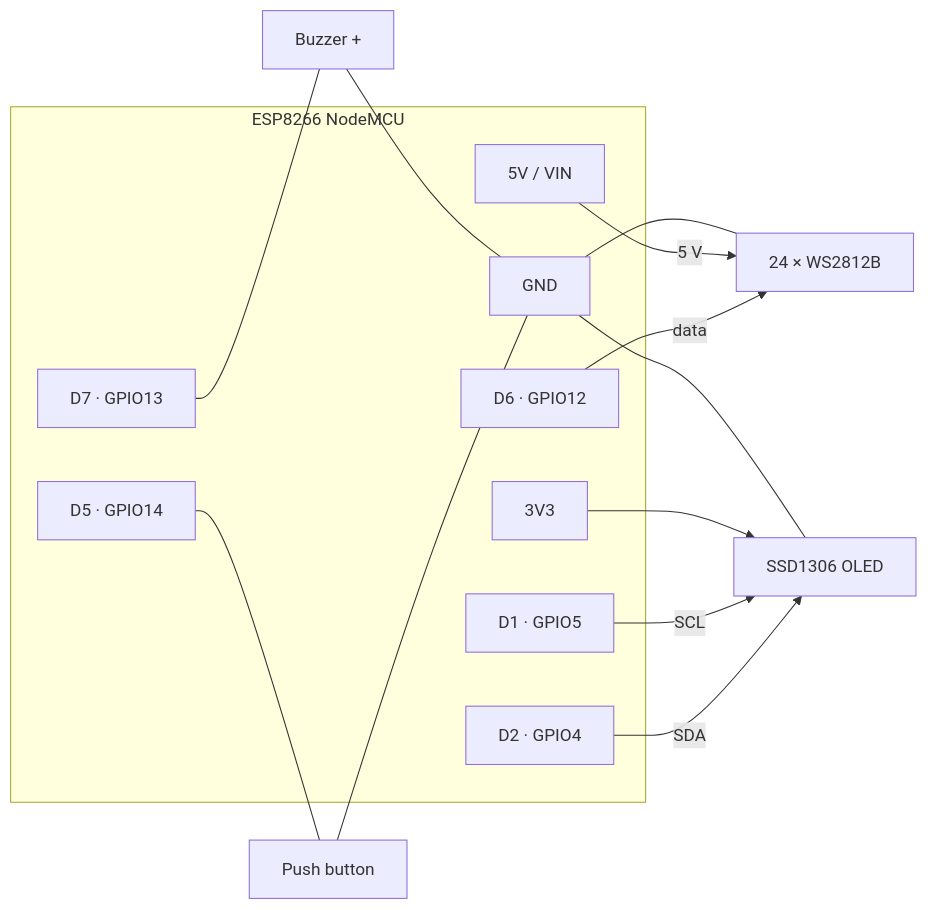
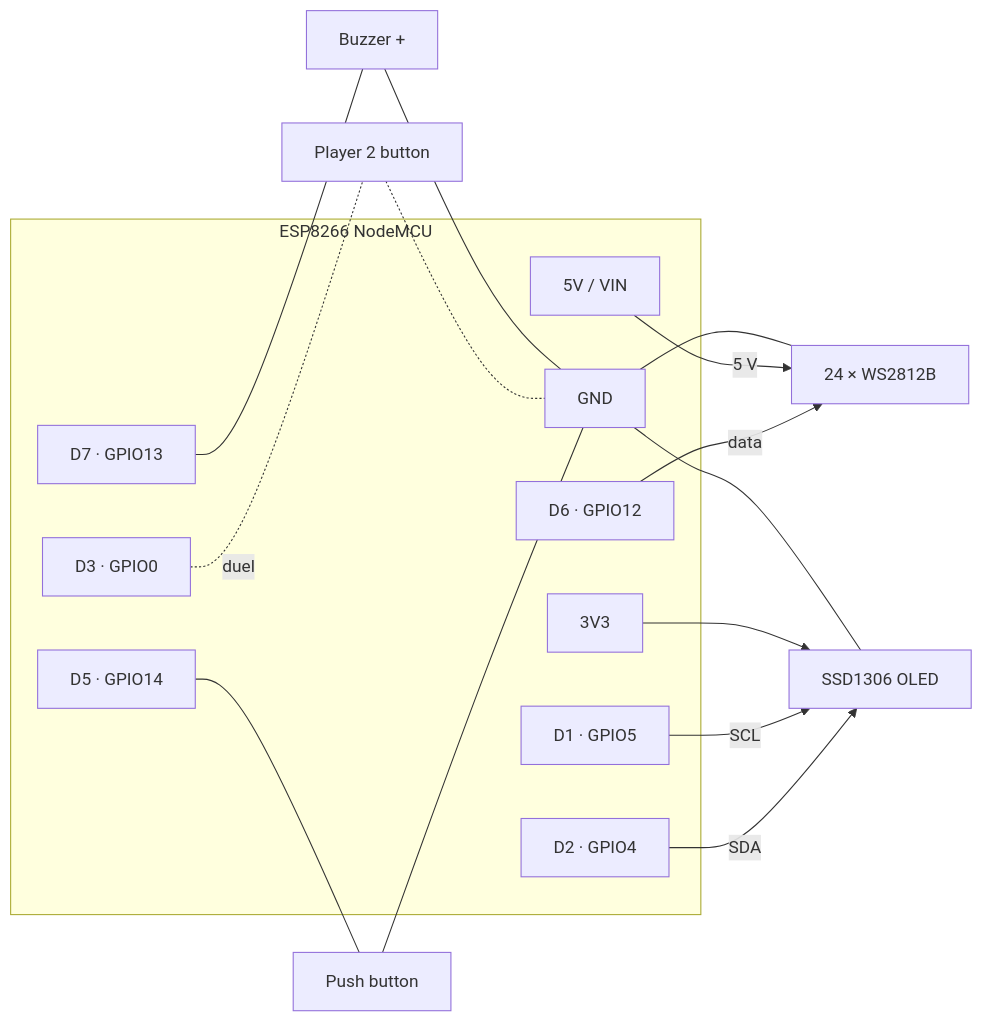
One commit to Am4l-babu/Cyclone-v2 changed the second of 3 diagrams in README.md. Above: the diagram before and after it, drawn with Mermaid. The commit also changed other lines of this file and 15 other files, not shown here.

````diff
--- a/README.md
+++ b/README.md
@@ -316,24 +384,27 @@
 ```mermaid
 flowchart LR
     subgraph NodeMCU[ESP8266 NodeMCU]
         D6[D6 · GPIO12]
         D5[D5 · GPIO14]
+        D3[D3 · GPIO0]
         D7[D7 · GPIO13]
         D2[D2 · GPIO4]
         D1[D1 · GPIO5]
         V33[3V3]
         V5[5V / VIN]
         GND[GND]
     end
     D6 -- data --> LED[24 × WS2812B]
     V5 -- 5 V --> LED
     GND --- LED
     D5 --- BTN[Push button]
     BTN --- GND
+    D3 -. duel .- BTN2[Player 2 button]
+    BTN2 -.- GND
     D7 --- BZ[Buzzer +]
     BZ --- GND
     D2 -- SDA --> OLED[SSD1306 OLED]
     D1 -- SCL --> OLED
     V33 --> OLED
     GND --- OLED
 ```
````
